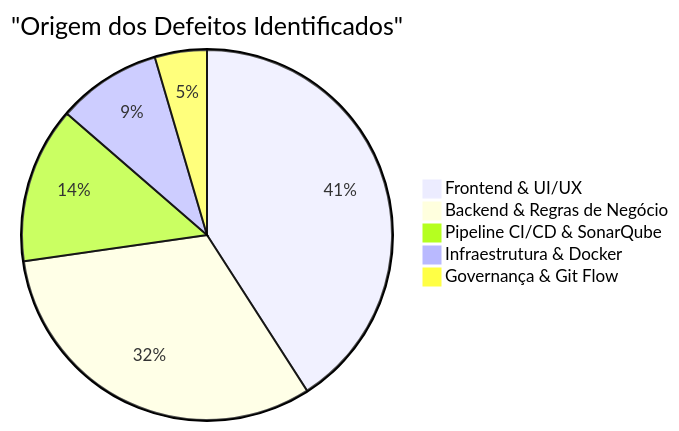
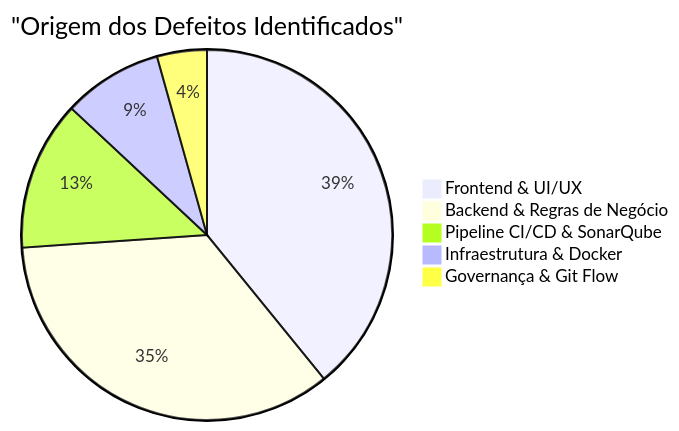
The diagram in docs/projeto-001/003-teste/RBD-Registro_de_Bugs_e_Defeitos.md (ADS-IFPB-SR/alumigest), drawn with Mermaid before and after one commit. The commit also changed other lines of this file and 8 other files, not shown here.

````diff
--- a/docs/projeto-001/003-teste/RBD-Registro_de_Bugs_e_Defeitos.md
+++ b/docs/projeto-001/003-teste/RBD-Registro_de_Bugs_e_Defeitos.md
@@ -698,8 +738,8 @@
 ```mermaid
 pie title "Origem dos Defeitos Identificados"
     "Frontend & UI/UX" : 9
-    "Backend & Regras de Negócio" : 7
+    "Backend & Regras de Negócio" : 8
     "Pipeline CI/CD & SonarQube" : 3
     "Infraestrutura & Docker" : 2
     "Governança & Git Flow" : 1
 ```
````
